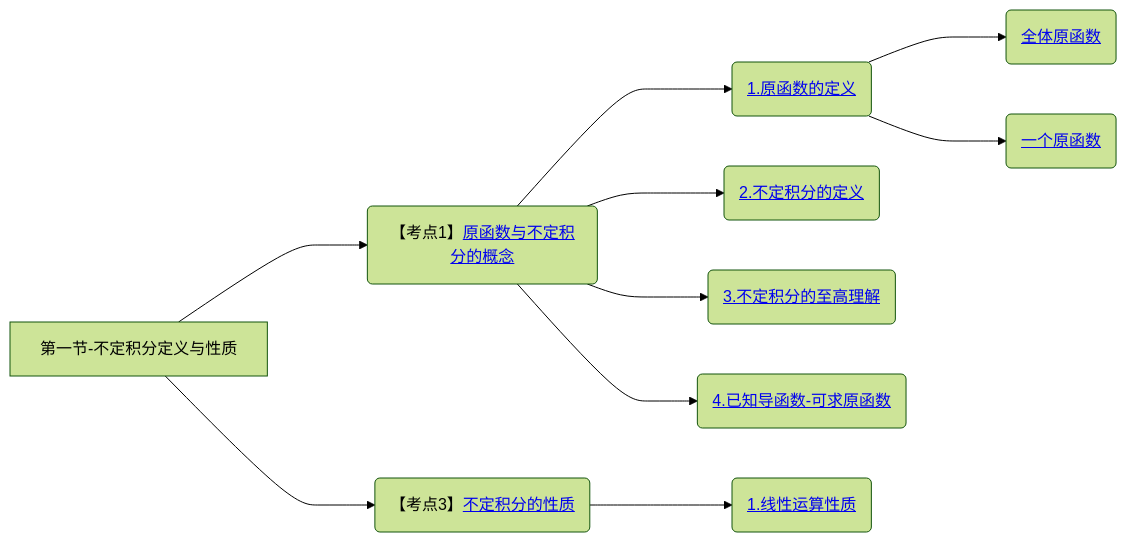
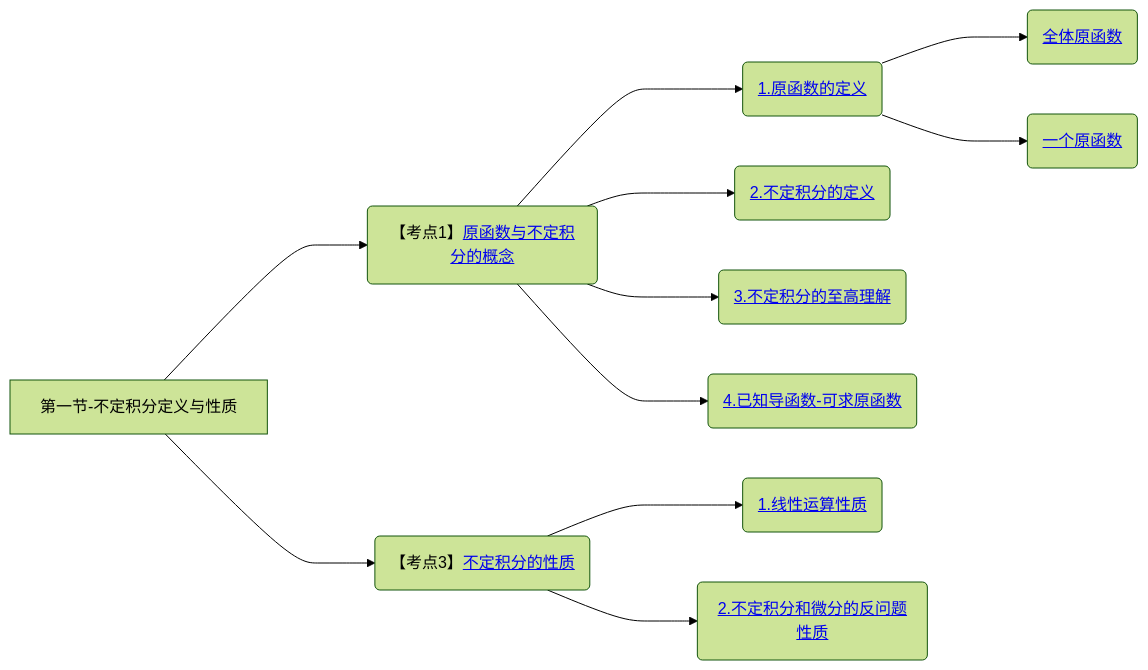
Diagram 17 of 17 in 笔记/数学/周洋鑫/01.基础班思维导图.md (yuebinghui/note), drawn with Mermaid (forest theme) before and after one commit. The commit also changed 9 other files, not shown here.

````diff
--- a/笔记/数学/周洋鑫/01.基础班思维导图.md
+++ b/笔记/数学/周洋鑫/01.基础班思维导图.md
@@ -597,16 +597,17 @@
 ```mermaid
 graph LR
 第一节-不定积分定义与性质
 
 第一节-不定积分定义与性质--->原函数与不定积分的概念(【考点1】<a href="/Users/yuebinghui/Documents/program/github/note/笔记/数学/周洋鑫/基础班/18.不定积分_1.md#原函数与不定积分的概念">原函数与不定积分的概念</>)
 原函数与不定积分的概念--->1.原函数的定义(<a href="/Users/yuebinghui/Documents/program/github/note/笔记/数学/周洋鑫/基础班/18.不定积分_1.md#1.原函数的定义">1.原函数的定义</>)
 1.原函数的定义--->全体原函数(<a href="/Users/yuebinghui/Documents/program/github/note/笔记/数学/周洋鑫/基础班/18.不定积分_1.md#全体原函数">全体原函数</>)
 1.原函数的定义--->一个原函数(<a href="/Users/yuebinghui/Documents/program/github/note/笔记/数学/周洋鑫/基础班/18.不定积分_1.md#一个原函数">一个原函数</>)
 原函数与不定积分的概念--->2.不定积分的定义(<a href="/Users/yuebinghui/Documents/program/github/note/笔记/数学/周洋鑫/基础班/18.不定积分_1.md#2.不定积分的定义">2.不定积分的定义</>)
 原函数与不定积分的概念--->3.不定积分的至高理解(<a href="/Users/yuebinghui/Documents/program/github/note/笔记/数学/周洋鑫/基础班/18.不定积分_1.md#3.不定积分的至高理解">3.不定积分的至高理解</>)
 原函数与不定积分的概念--->4.已知导函数-可求原函数(<a href="/Users/yuebinghui/Documents/program/github/note/笔记/数学/周洋鑫/基础班/18.不定积分_1.md#4.已知导函数-可求原函数">4.已知导函数-可求原函数</>)
 
 第一节-不定积分定义与性质--->不定积分的性质(【考点3】<a href="/Users/yuebinghui/Documents/program/github/note/笔记/数学/周洋鑫/基础班/18.不定积分_1.md#不定积分的性质">不定积分的性质</>)
 不定积分的性质--->1.线性运算性质(<a href="/Users/yuebinghui/Documents/program/github/note/笔记/数学/周洋鑫/基础班/18.不定积分_1.md#1.线性运算性质">1.线性运算性质</>)
+不定积分的性质--->2.不定积分和微分的反问题性质(<a href="/Users/yuebinghui/Documents/program/github/note/笔记/数学/周洋鑫/基础班/18.不定积分_1.md#2.不定积分和微分的反问题性质">2.不定积分和微分的反问题性质</>)
 
 ```
````
